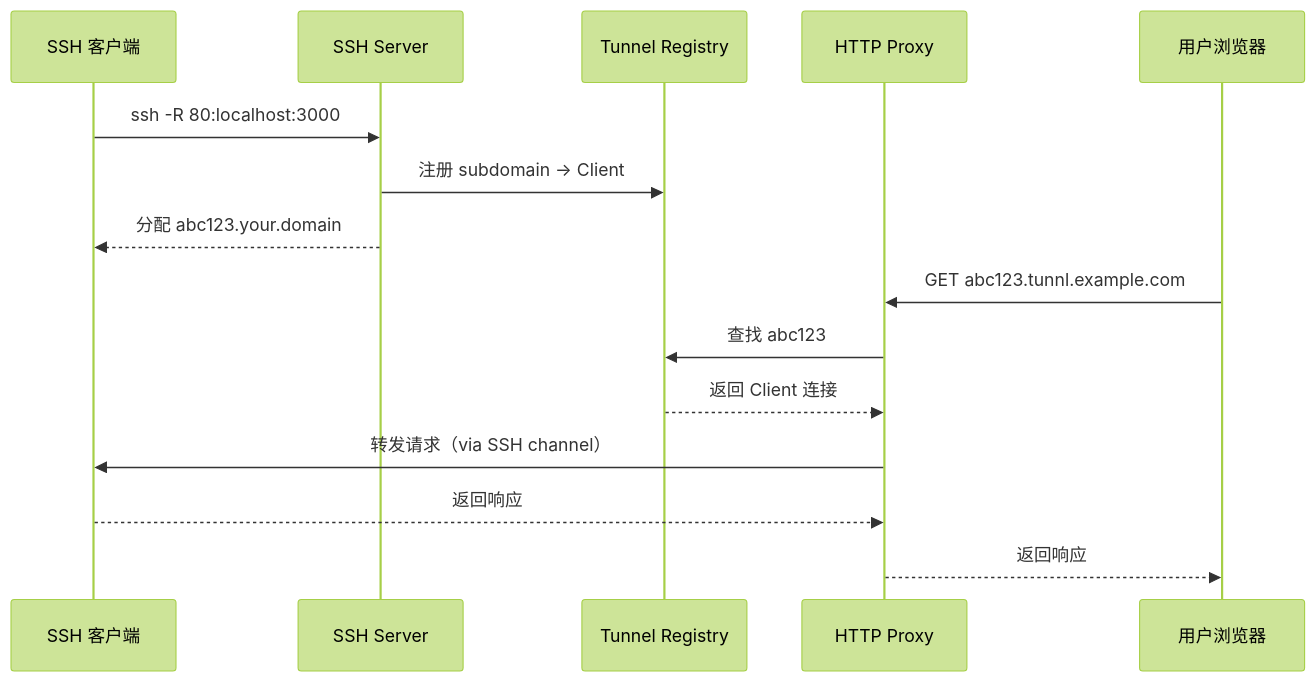
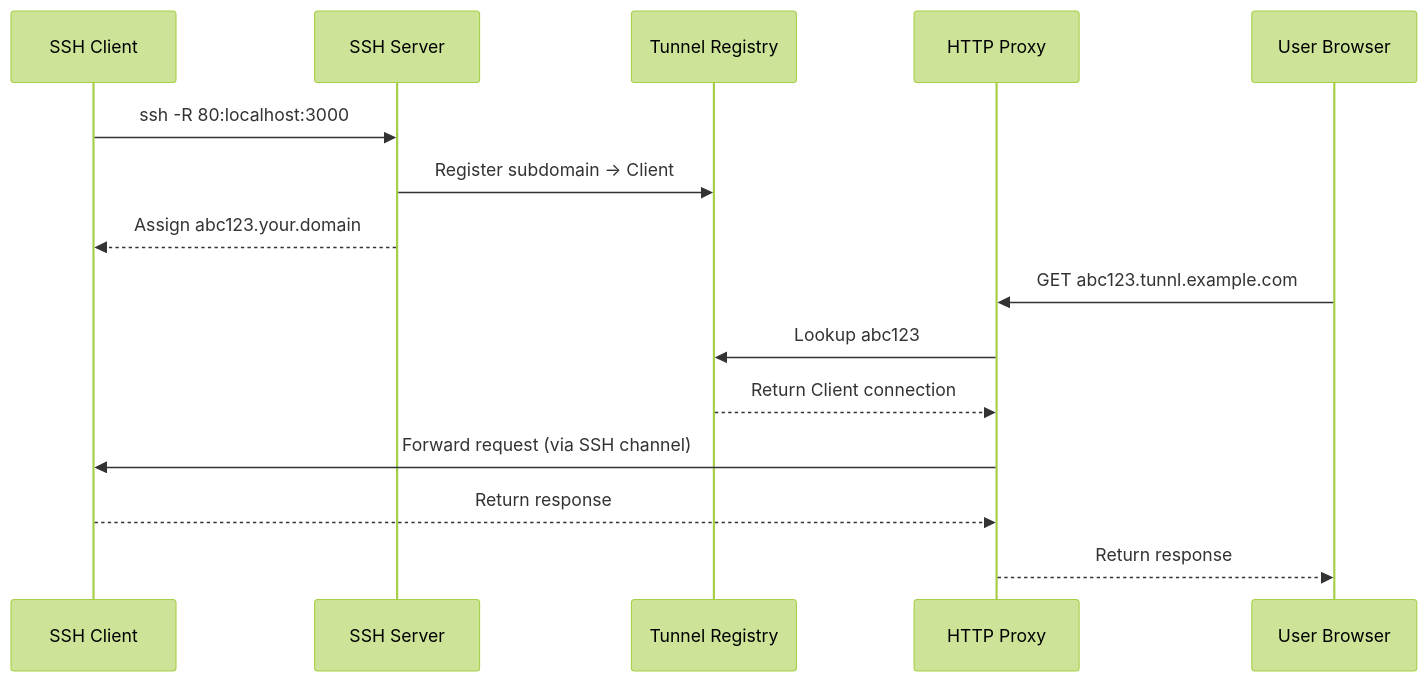
The second of 3 diagrams in apps/docs/content/docs/architecture.mdx (ZingerLittleBee/EXLO), drawn with Mermaid (forest theme) before and after one commit. The commit also changed other lines of this file and 28 other files, not shown here.

````diff
--- a/apps/docs/content/docs/architecture.mdx
+++ b/apps/docs/content/docs/architecture.mdx
@@ -62,19 +62,19 @@
 ```mermaid
 sequenceDiagram
-    participant Client as SSH 客户端
+    participant Client as SSH Client
     participant SSH as SSH Server
     participant Registry as Tunnel Registry
     participant Proxy as HTTP Proxy
-    participant User as 用户浏览器
+    participant User as User Browser
 
     Client->>SSH: ssh -R 80:localhost:3000
-    SSH->>Registry: 注册 subdomain → Client
-    SSH-->>Client: 分配 abc123.your.domain
+    SSH->>Registry: Register subdomain → Client
+    SSH-->>Client: Assign abc123.your.domain
 
     User->>Proxy: GET abc123.tunnl.example.com
-    Proxy->>Registry: 查找 abc123
-    Registry-->>Proxy: 返回 Client 连接
-    Proxy->>Client: 转发请求（via SSH channel）
-    Client-->>Proxy: 返回响应
-    Proxy-->>User: 返回响应
+    Proxy->>Registry: Lookup abc123
+    Registry-->>Proxy: Return Client connection
+    Proxy->>Client: Forward request (via SSH channel)
+    Client-->>Proxy: Return response
+    Proxy-->>User: Return response
 ```
````
